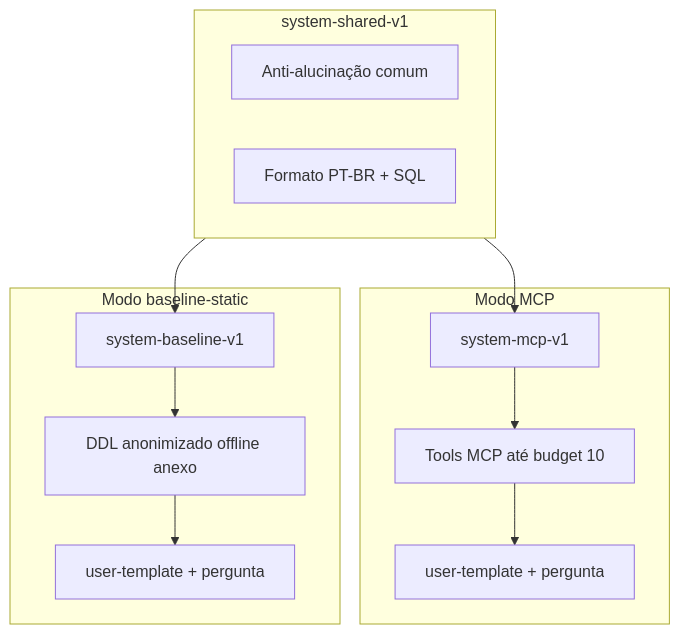
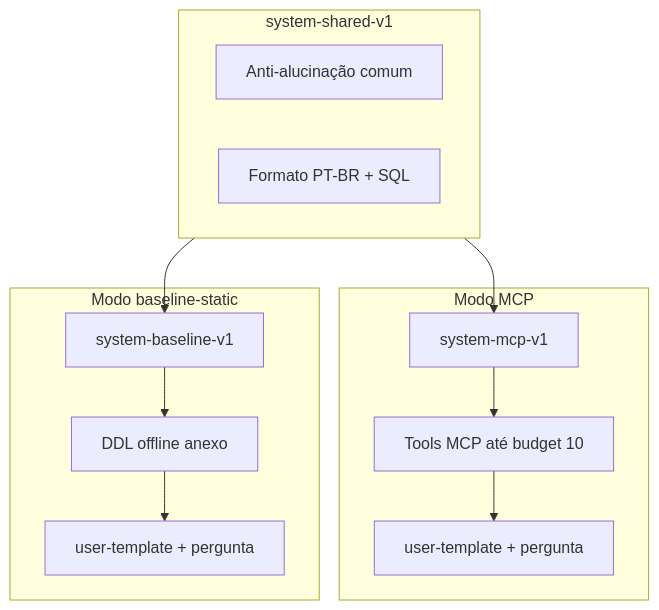
The diagram in docs/08-experimento-avaliacao/llm-inferencia-e-prompts.md (joaopfduarte/text-to-sql-arch), drawn with Mermaid before and after one commit. The commit also changed other lines of this file and 15 other files, not shown here.

````diff
--- a/docs/08-experimento-avaliacao/llm-inferencia-e-prompts.md
+++ b/docs/08-experimento-avaliacao/llm-inferencia-e-prompts.md
@@ -62,23 +62,23 @@
 ```mermaid
 flowchart TB
   subgraph shared [system-shared-v1]
     AntiHall[Anti-alucinação comum]
     Format[Formato PT-BR + SQL]
   end
   subgraph mcpMode [Modo MCP]
     McpRules[system-mcp-v1]
     Tools[Tools MCP até budget 10]
     UserMcp[user-template + pergunta]
   end
   subgraph baseMode [Modo baseline-static]
     BaseRules[system-baseline-v1]
-    DDL[DDL anonimizado offline anexo]
+    DDL[DDL offline anexo]
     UserBase[user-template + pergunta]
   end
   shared --> McpRules
   shared --> BaseRules
   McpRules --> Tools
   Tools --> UserMcp
   BaseRules --> DDL
   DDL --> UserBase
 ```
````
